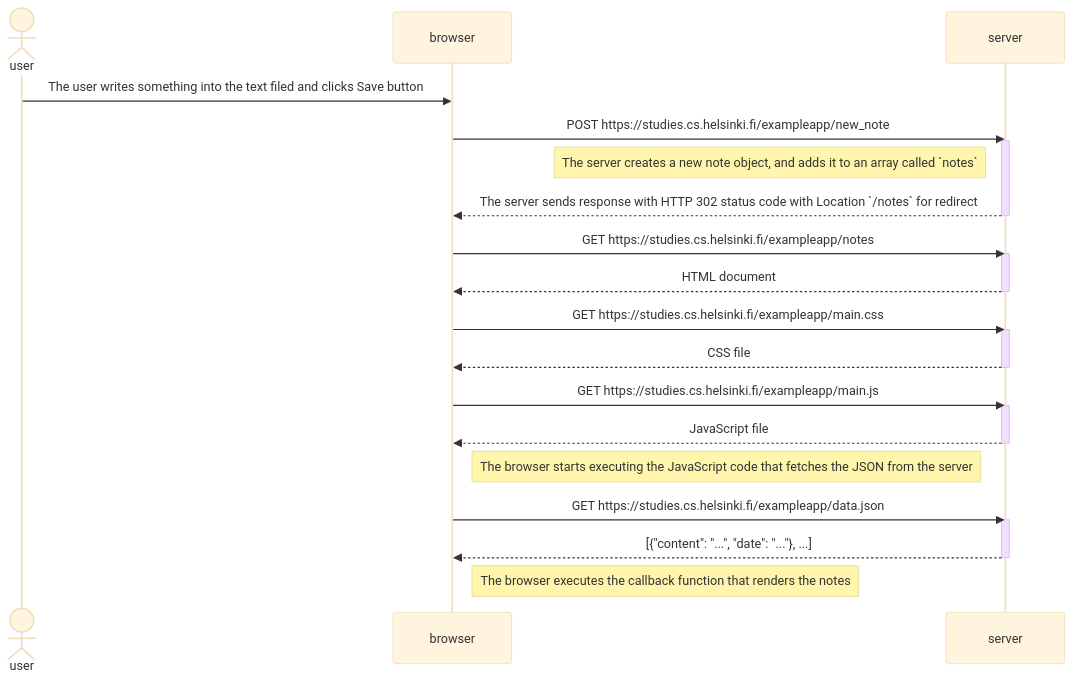
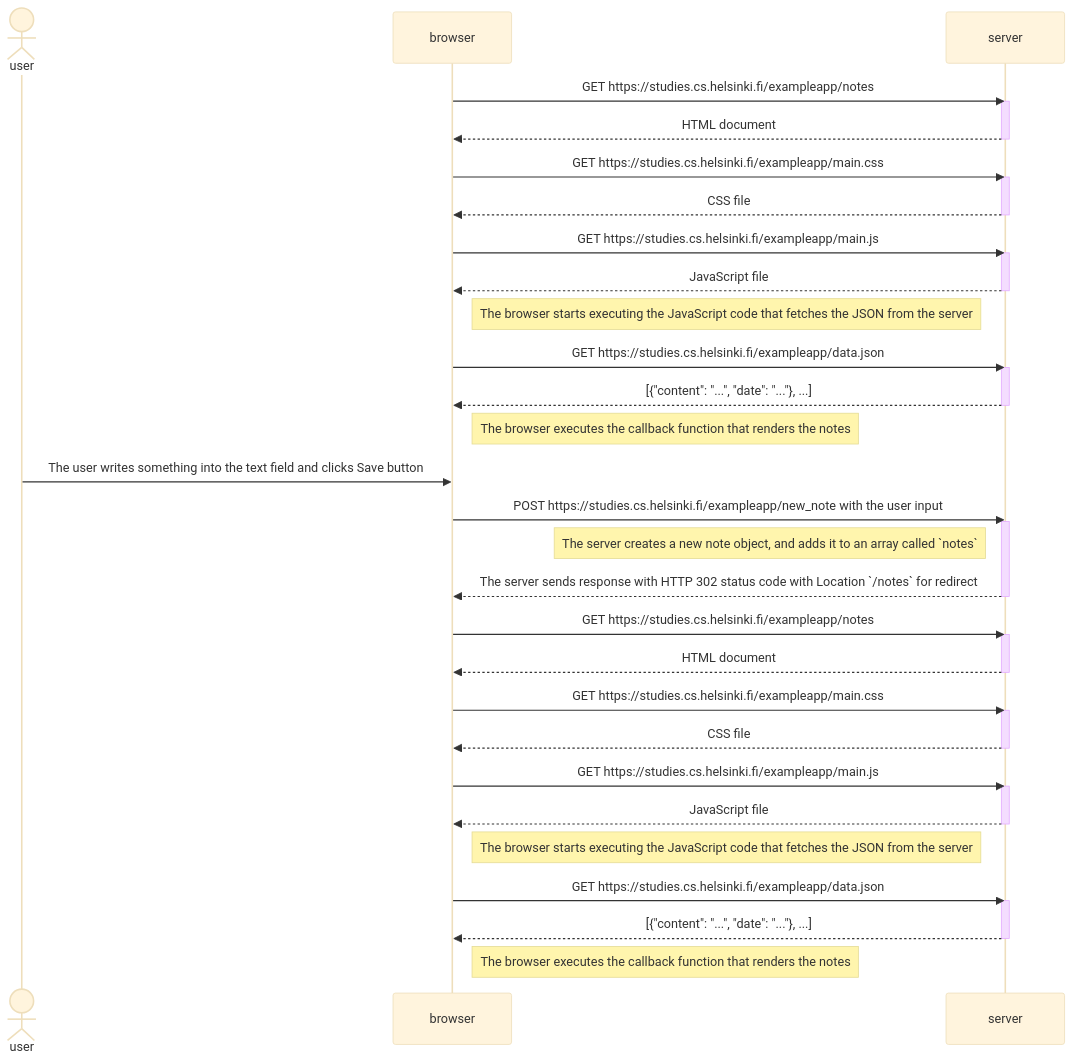
The diagram in part0/0.4_new_note_diagram.md (protohope/fullstack_open_course), drawn with Mermaid (base theme) before and after one commit.

Commit message:
0.4: typo fixed, diagram enriched for consistency

````diff
--- a/part0/0.4_new_note_diagram.md
+++ b/part0/0.4_new_note_diagram.md
@@ -1,38 +1,62 @@
 ```mermaid
 sequenceDiagram
     actor user
     participant browser
     participant server
 
-    user->>browser: The user writes something into the text filed and clicks Save button
+    browser->>server: GET https://studies.cs.helsinki.fi/exampleapp/notes
+    activate server
+    server-->>browser: HTML document
+    deactivate server
 
-    browser->>server: POST https://studies.cs.helsinki.fi/exampleapp/new_note
+    browser->>server: GET https://studies.cs.helsinki.fi/exampleapp/main.css
+    activate server
+    server-->>browser: CSS file
+    deactivate server
+    
+    browser->>server: GET https://studies.cs.helsinki.fi/exampleapp/main.js
+    activate server
+    server-->>browser: JavaScript file
+    deactivate server
+
+    Note right of browser: The browser starts executing the JavaScript code that fetches the JSON from the server
+    
+    browser->>server: GET https://studies.cs.helsinki.fi/exampleapp/data.json
+    activate server
+    server-->>browser: [{"content": "...", "date": "..."}, ...]
+    deactivate server
+
+    Note right of browser: The browser executes the callback function that renders the notes
+
+    user->>browser: The user writes something into the text field and clicks Save button
+
+    browser->>server: POST https://studies.cs.helsinki.fi/exampleapp/new_note with the user input
     activate server
     Note left of server: The server creates a new note object, and adds it to an array called `notes`
     server-->>browser: The server sends response with HTTP 302 status code with Location `/notes` for redirect
     deactivate server
 
     browser->>server: GET https://studies.cs.helsinki.fi/exampleapp/notes
     activate server
     server-->>browser: HTML document
     deactivate server
 
     browser->>server: GET https://studies.cs.helsinki.fi/exampleapp/main.css
     activate server
     server-->>browser: CSS file
     deactivate server
     
     browser->>server: GET https://studies.cs.helsinki.fi/exampleapp/main.js
     activate server
     server-->>browser: JavaScript file
     deactivate server
 
     Note right of browser: The browser starts executing the JavaScript code that fetches the JSON from the server
     
     browser->>server: GET https://studies.cs.helsinki.fi/exampleapp/data.json
     activate server
     server-->>browser: [{"content": "...", "date": "..."}, ...]
     deactivate server
 
     Note right of browser: The browser executes the callback function that renders the notes
 ```
````
